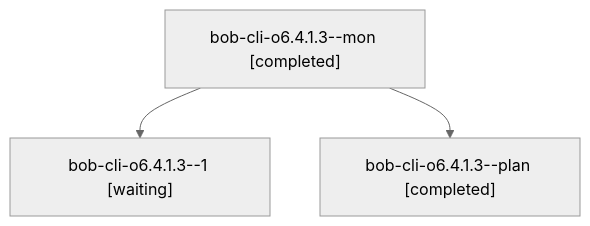
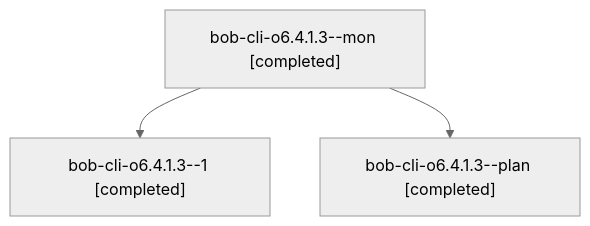
One commit to bobs-org/bob-cli--agents changed the diagram in sessions/bbugyi200.athena.bob-cli-o6.4.1.3.md. Above: the diagram before and after it, drawn with Mermaid (neutral theme). The commit also changed other lines of this file and 63 other files, not shown here.

````diff
--- a/sessions/bbugyi200.athena.bob-cli-o6.4.1.3.md
+++ b/sessions/bbugyi200.athena.bob-cli-o6.4.1.3.md
@@ -9,8 +9,8 @@
 ```mermaid
 flowchart TD
   n0["bob-cli-o6.4.1.3--mon [completed]"]
-  n1["bob-cli-o6.4.1.3--1 [waiting]"]
+  n1["bob-cli-o6.4.1.3--1 [completed]"]
   n0 --> n1
   n2["bob-cli-o6.4.1.3--plan [completed]"]
   n0 --> n2
 ```
````
